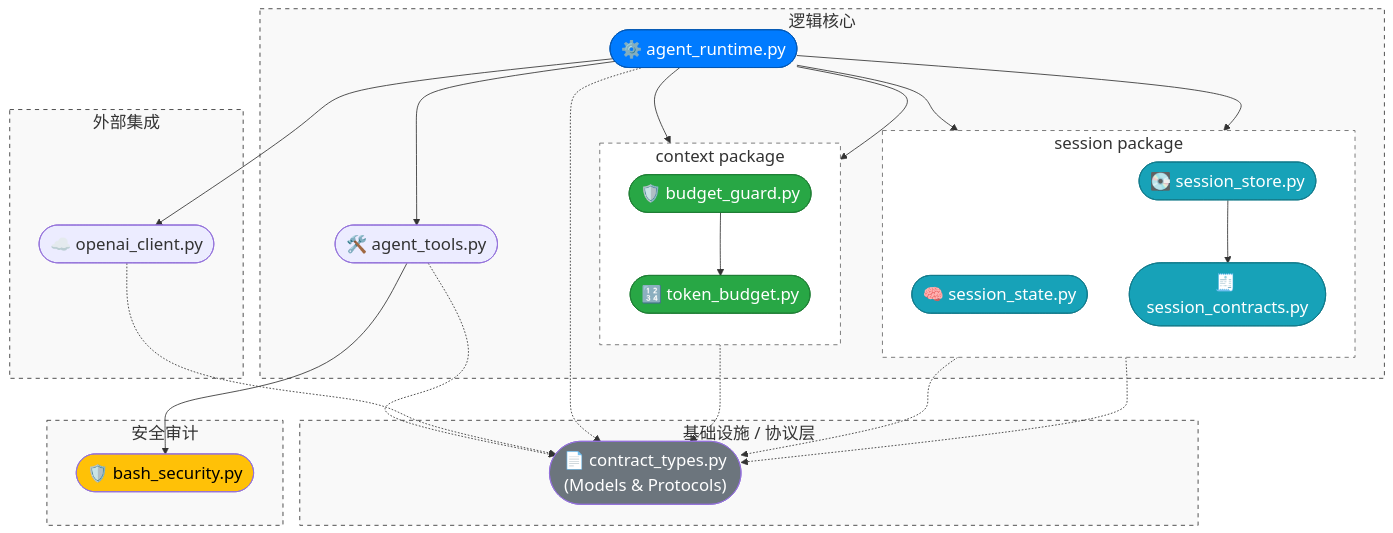
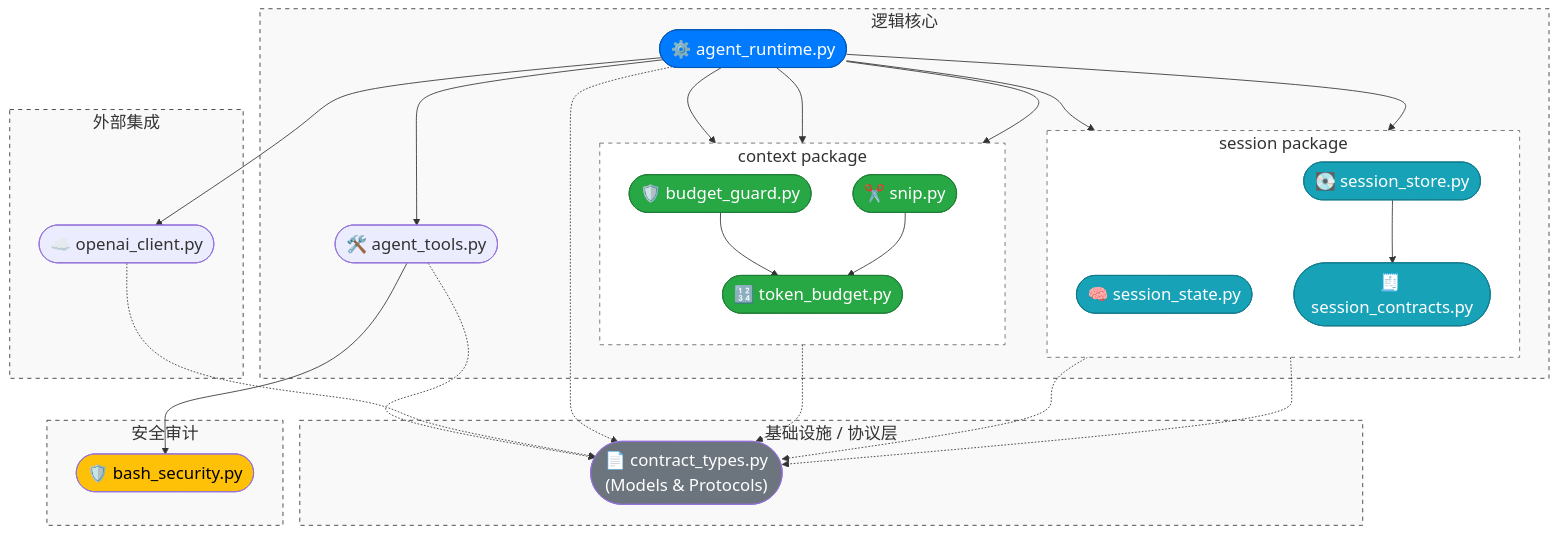
One commit to WenXingming/ClawCodeAgent changed the diagram in docs/Architecture.md. Above: the diagram before and after it, drawn with Mermaid. The commit also changed 5 other files, not shown here.

````diff
--- a/docs/Architecture.md
+++ b/docs/Architecture.md
@@ -56,6 +56,7 @@
             direction TB
             n_token_budget(["🔢 token_budget.py"])
             n_budget_guard(["🛡️ budget_guard.py"])
+            n_snip(["✂️ snip.py"])
         end
 
         style Core fill:#f9f9f9,stroke:#333,stroke-dasharray: 5 5
@@ -69,7 +70,9 @@
     n_runtime --> n_openai
     n_runtime --> n_budget_guard
     n_runtime --> n_token_budget
+    n_runtime --> n_snip
     n_budget_guard --> n_token_budget
+    n_snip --> n_token_budget
     
     n_tools --> n_bash_security
     
@@ -92,4 +95,5 @@
     style ContextPkg fill:#ffffff,stroke:#666,stroke-dasharray: 5 5
     style n_token_budget fill:#28a745,color:#fff,stroke:#1e7e34
     style n_budget_guard fill:#28a745,color:#fff,stroke:#1e7e34
+    style n_snip fill:#28a745,color:#fff,stroke:#1e7e34
 ```
````
